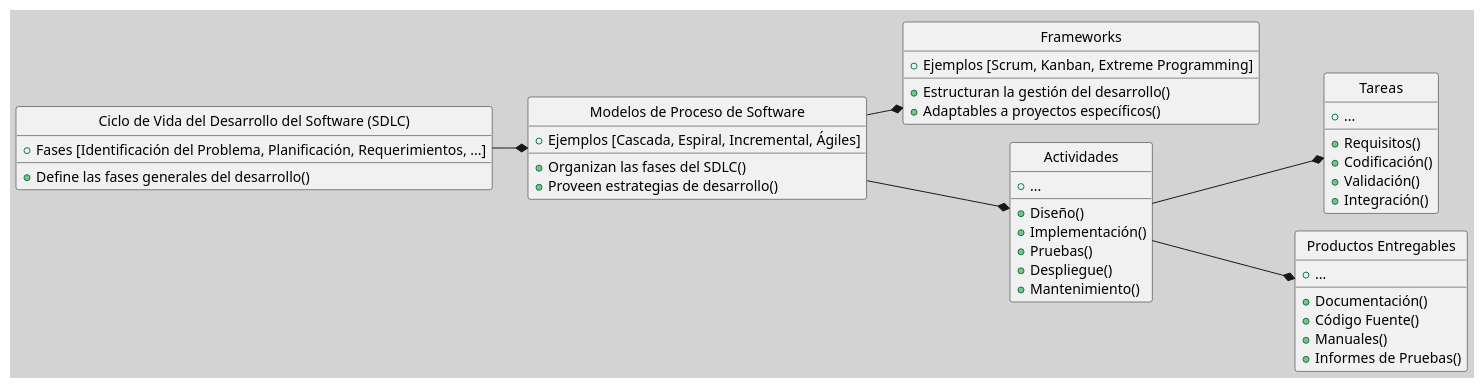
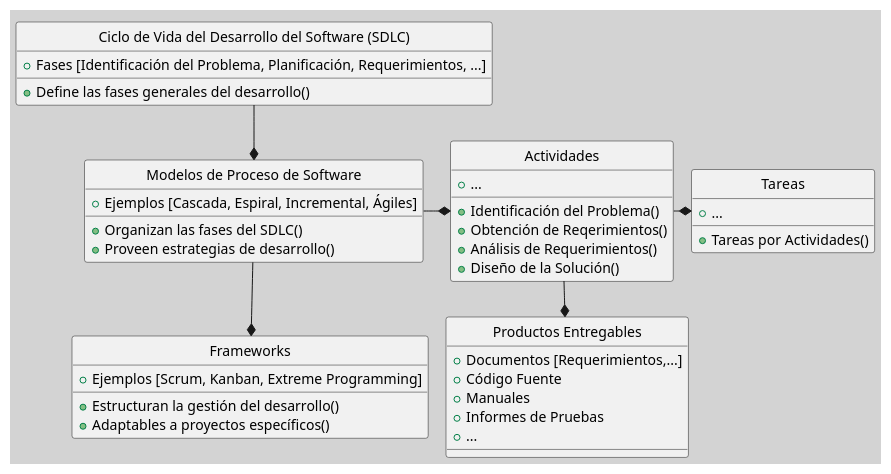
Before and after one commit to egrpy/egr-zettel-lectures: the first of 2 diagrams in src/site/notes/050 Base de Conocimientos/200  Mi Zettelkasten/100 Docencia/IS1/2025/Clase 04 Modelos de Proceso de Software/Zk !MOC Modelos de Proceso de Software.md, drawn with PlantUML. The commit also changed other lines of this file and 1 other file, not shown here.

Commit message:
Published multiple files

````diff
--- a/src/site/notes/050 Base de Conocimientos/200  Mi Zettelkasten/100 Docencia/IS1/2025/Clase 04 Modelos de Proceso de Software/Zk !MOC Modelos de Proceso de Software.md
+++ b/src/site/notes/050 Base de Conocimientos/200  Mi Zettelkasten/100 Docencia/IS1/2025/Clase 04 Modelos de Proceso de Software/Zk !MOC Modelos de Proceso de Software.md
@@ -14,57 +14,52 @@
 ```plantuml
 @startuml
 !pragma layout smetana
 skinparam style strictuml
 skinparam BackgroundColor LightGray
-left to right direction
+'left to right direction
 
 class "Ciclo de Vida del Desarrollo del Software (SDLC)" {
     + Fases [Identificación del Problema, Planificación, Requerimientos, ...]
     + Define las fases generales del desarrollo()
 }
 
 class "Modelos de Proceso de Software" {
     + Ejemplos [Cascada, Espiral, Incremental, Ágiles]
     + Organizan las fases del SDLC()
     + Proveen estrategias de desarrollo()
 }
 
 class "Frameworks" {
-    + Estructuran la gestión del desarrollo()
+    + Ejemplos [Scrum, Kanban, Extreme Programming]
+	+ Estructuran la gestión del desarrollo()
     + Adaptables a proyectos específicos()
-    + Ejemplos [Scrum, Kanban, Extreme Programming]
 }
 
 class "Actividades" {
-    + Diseño()
-    + Implementación()
-    + Pruebas()
-    + Despliegue()
-    + Mantenimiento()
+    + Identificación del Problema()
+    + Obtención de Reqerimientos()
+    + Análisis de Requerimientos()
+    + Diseño de la Solución()
     + ...
 }
 
 class "Tareas" {
-    + Requisitos()
-    + Codificación()
-    + Validación()
-    + Integración()
+	+ Tareas por Actividades()
     + ...
 }
 
 class "Productos Entregables" {
-    + Documentación()
-    + Código Fuente()
-    + Manuales()
-    + Informes de Pruebas()
+    + Documentos [Requerimientos,...]
+    + Código Fuente
+    + Manuales
+    + Informes de Pruebas
     + ...
 }
 
-"Ciclo de Vida del Desarrollo del Software (SDLC)" --* "Modelos de Proceso de Software"
-"Modelos de Proceso de Software" --* "Frameworks"
-"Modelos de Proceso de Software" --* "Actividades"
-"Actividades" --* "Tareas"
-"Actividades" --* "Productos Entregables"
+"Ciclo de Vida del Desarrollo del Software (SDLC)" -d-* "Modelos de Proceso de Software"
+"Modelos de Proceso de Software" -d-* "Frameworks"
+"Modelos de Proceso de Software" -r-* "Actividades"
+"Actividades" -r-* "Tareas"
+"Actividades" -d-* "Productos Entregables"
 @enduml
-
 ```
````
